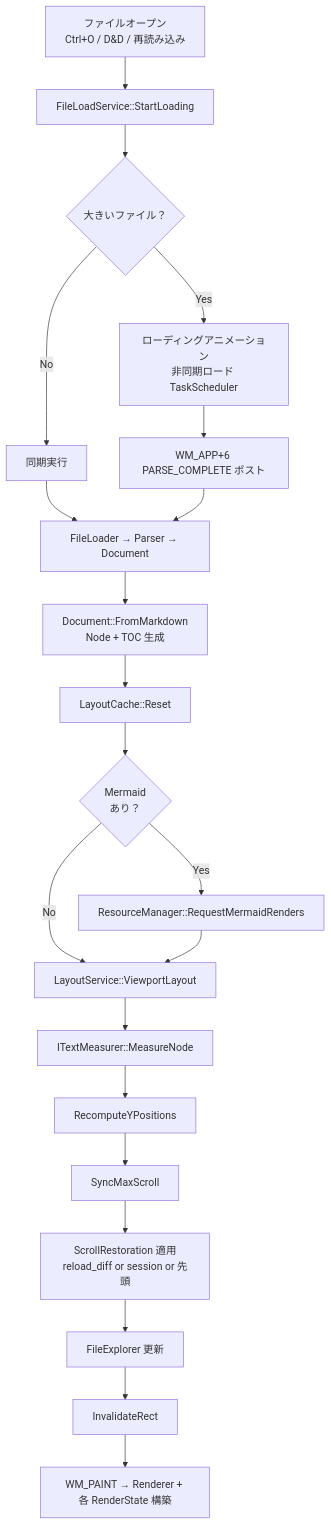
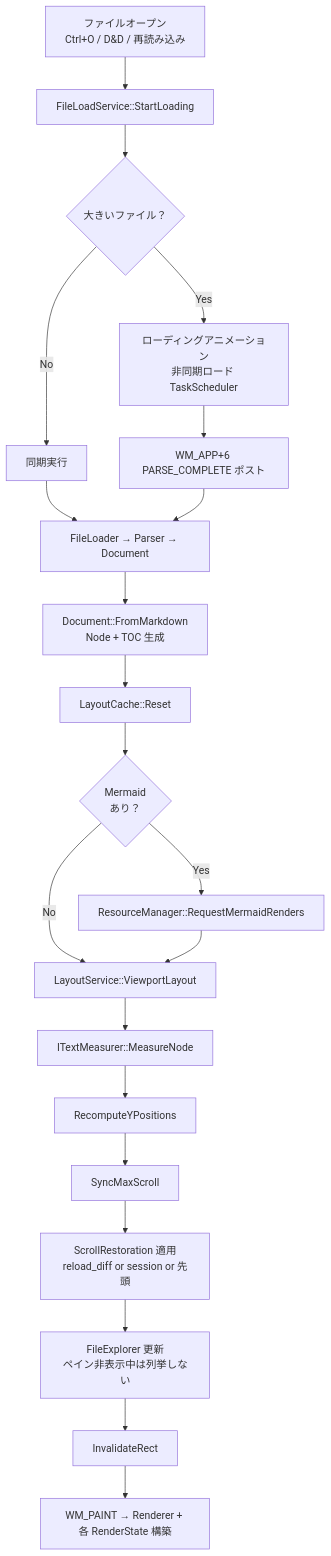
Before and after one commit to tanaton/mendo: diagram 18 of 27 in example/test.md, drawn with Mermaid. The commit also changed other lines of this file and 149 other files, not shown here.

````diff
--- a/example/test.md
+++ b/example/test.md
@@ -2822,24 +2885,24 @@
 ```mermaid
 flowchart TD
     TRIGGER[ファイルオープン<br>Ctrl+O / D&D / 再読み込み] --> FLS[FileLoadService::StartLoading]
     FLS --> ANIM{大きいファイル？}
     ANIM -->|Yes| LANIM[ローディングアニメーション<br>非同期ロード TaskScheduler]
     ANIM -->|No| SYNC[同期実行]
     LANIM --> POST[WM_APP+6 PARSE_COMPLETE ポスト]
     SYNC --> EXEC[FileLoader → Parser → Document]
     POST --> EXEC
 
     EXEC --> DOC[Document::FromMarkdown<br>Node + TOC 生成]
     DOC --> LC[LayoutCache::Reset]
     LC --> MCHK{Mermaid<br>あり？}
     MCHK -->|Yes| MREQ[ResourceManager::RequestMermaidRenders]
     MCHK -->|No| LAYOUT
     MREQ --> LAYOUT[LayoutService::ViewportLayout]
     LAYOUT --> TXTL[ITextMeasurer::MeasureNode]
     TXTL --> YPOS[RecomputeYPositions]
     YPOS --> SYNCMS[SyncMaxScroll]
     SYNCMS --> RESTORE[ScrollRestoration 適用<br>reload_diff or session or 先頭]
-    RESTORE --> FE[FileExplorer 更新]
+    RESTORE --> FE[FileExplorer 更新<br>ペイン非表示中は列挙しない]
     FE --> INVAL[InvalidateRect]
     INVAL --> PAINT[WM_PAINT → Renderer + 各 RenderState 構築]
 ```
````
